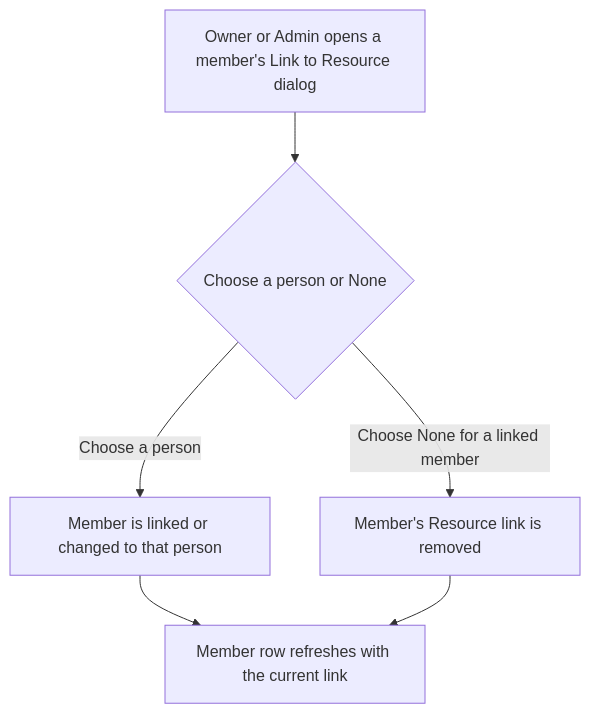
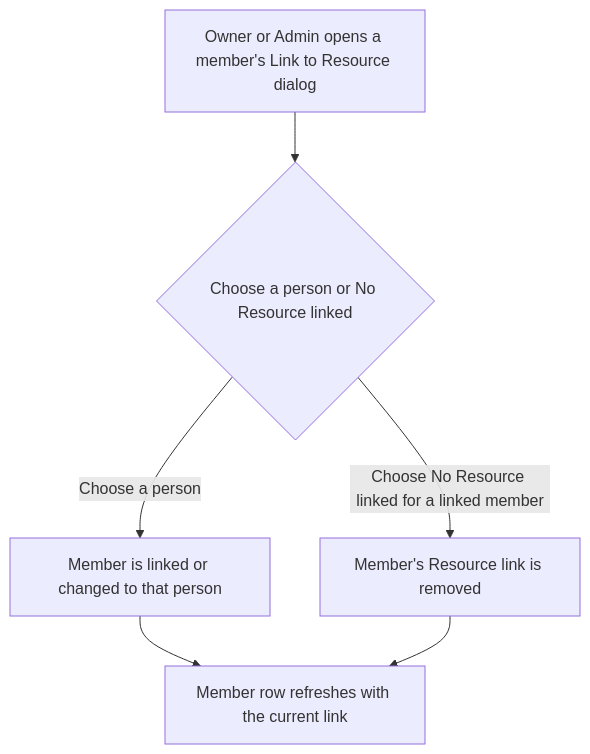
One commit to Kevinjohn/capacitylens changed the first of 2 diagrams in user-stories/team/US-TEAM-07-link-resource.md. Above: the diagram before and after it, drawn with Mermaid. The commit also changed other lines of this file and 119 other files, not shown here.

First line of the commit message:
docs: correct story text and flow diagrams against current source

````diff
--- a/user-stories/team/US-TEAM-07-link-resource.md
+++ b/user-stories/team/US-TEAM-07-link-resource.md
@@ -22,8 +22,8 @@
 ```mermaid
 flowchart TD
-    Open["Owner or Admin opens a member's Link to Resource dialog"] --> Choose{"Choose a person or None"}
+    Open["Owner or Admin opens a member's Link to Resource dialog"] --> Choose{"Choose a person or No Resource linked"}
     Choose -->|"Choose a person"| Link["Member is linked or changed to that person"]
-    Choose -->|"Choose None for a linked member"| Unlink["Member's Resource link is removed"]
+    Choose -->|"Choose No Resource linked for a linked member"| Unlink["Member's Resource link is removed"]
     Link --> Refresh["Member row refreshes with the current link"]
     Unlink --> Refresh
 ```
````
